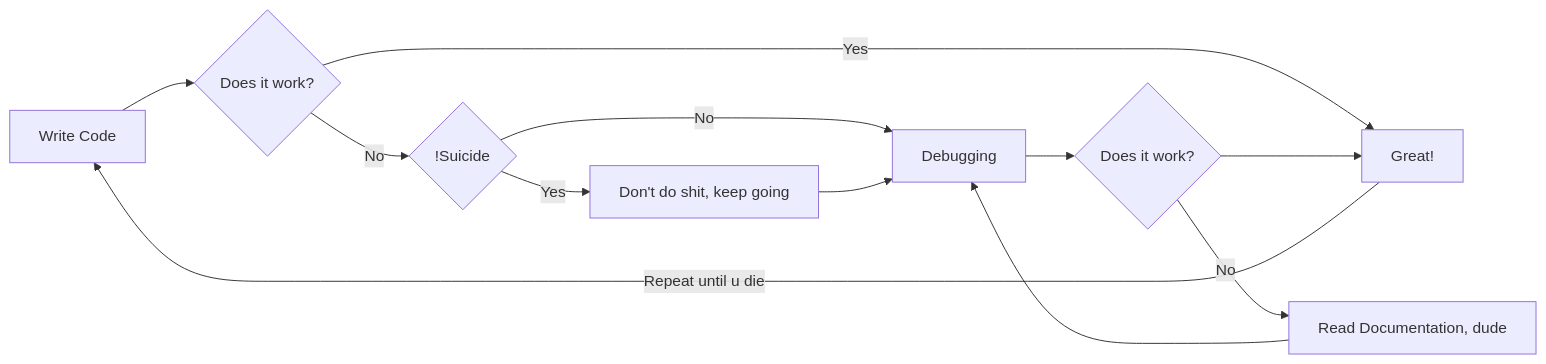
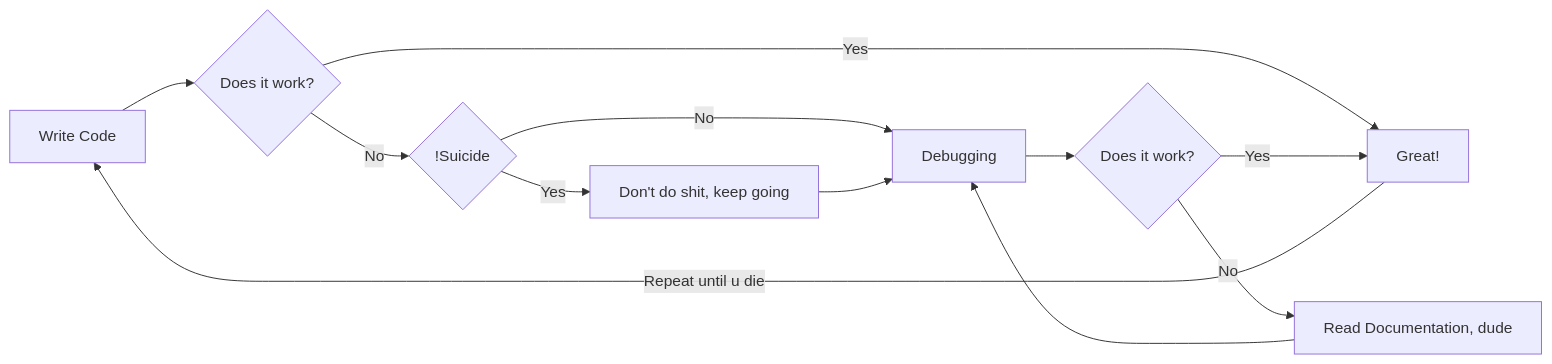
The diagram in README.md (Michkail/LessonCPPnC), drawn with Mermaid before and after one commit.

````diff
--- a/README.md
+++ b/README.md
@@ -3,12 +3,12 @@
 ```mermaid
 graph LR
     A[Write Code] --> B{Does it work?}
     B -- Yes --> C[Great!]
     B -- No --> D{!Suicide}
     C -- Repeat until u die --> A
     D -- No --> E[AWD]
     D -- Yes --> F[Don't do shit, keep going] --> E[Debugging]
     E --> G{Does it work?}
     G -- No --> H[Read Documentation, dude] --> E
-    G --> C
+    G -- Yes --> C
 ```
````
